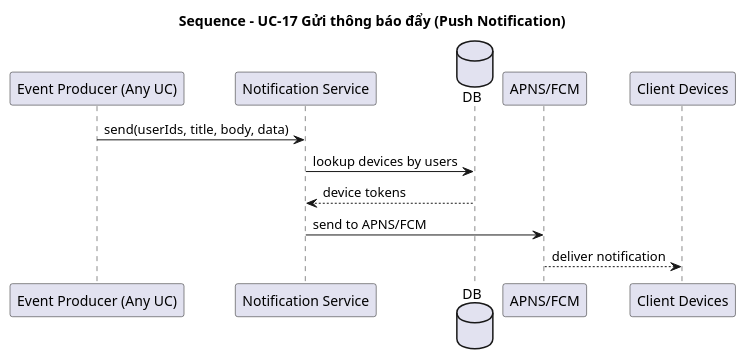
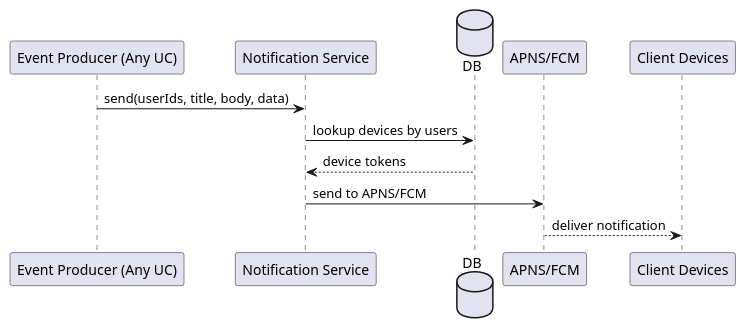
Before and after one commit to phuongbv00/hust-bus-stop: the diagram in docs/uml/sequence/sequence_uc17_push_notification_service.puml, drawn with PlantUML. The commit also changed 25 other files, not shown here.

Commit message:
docs: update diagrams

```diff
--- a/docs/uml/sequence/sequence_uc17_push_notification_service.puml
+++ b/docs/uml/sequence/sequence_uc17_push_notification_service.puml
@@ -1,14 +1,13 @@
 @startuml
-title Sequence - UC-17 Gửi thông báo đẩy (Push Notification)
 participant "Event Producer (Any UC)" as Producer
 participant "Notification Service" as Notif
 database "DB" as DB
 participant "APNS/FCM" as Push
 participant "Client Devices" as Devices
 
 Producer -> Notif : send(userIds, title, body, data)
 Notif -> DB : lookup devices by users
 DB --> Notif : device tokens
 Notif -> Push : send to APNS/FCM
 Push --> Devices : deliver notification
 @enduml
```
